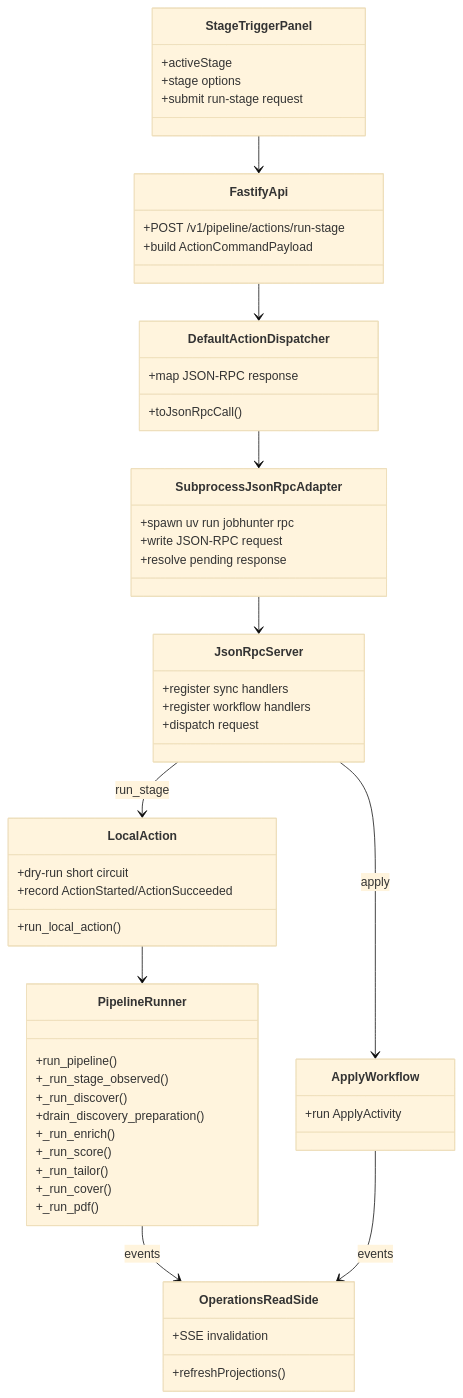
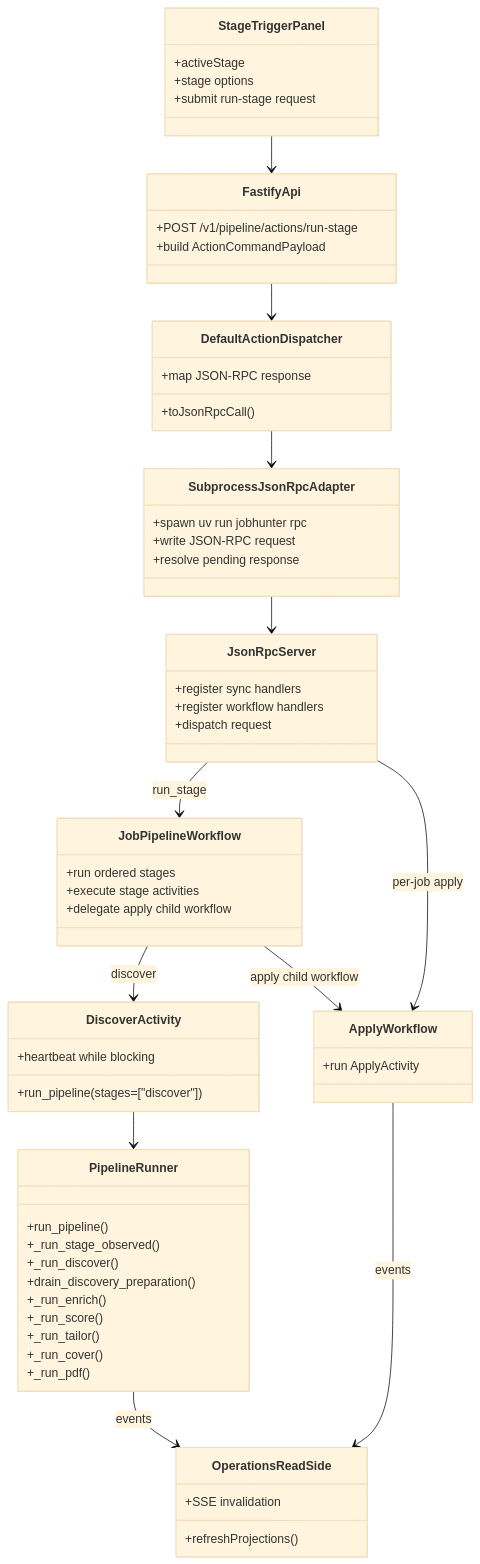
One commit to ebarti/JobCtrl changed the second of 16 diagrams in docs/job-pipeline-architecture.md. Above: the diagram before and after it, drawn with Mermaid (base theme). The commit also changed other lines of this file, not shown here.

Commit message:
docs: correct run-stage workflow path

````diff
--- a/docs/job-pipeline-architecture.md
+++ b/docs/job-pipeline-architecture.md
@@ -130,59 +130,65 @@
 ```mermaid
 classDiagram
     class StageTriggerPanel {
       +activeStage
       +stage options
       +submit run-stage request
     }
     class FastifyApi {
       +POST /v1/pipeline/actions/run-stage
       +build ActionCommandPayload
     }
     class DefaultActionDispatcher {
       +toJsonRpcCall()
       +map JSON-RPC response
     }
     class SubprocessJsonRpcAdapter {
       +spawn uv run jobhunter rpc
       +write JSON-RPC request
       +resolve pending response
     }
     class JsonRpcServer {
       +register sync handlers
       +register workflow handlers
       +dispatch request
     }
-    class LocalAction {
-      +run_local_action()
-      +dry-run short circuit
-      +record ActionStarted/ActionSucceeded
+    class JobPipelineWorkflow {
+      +run ordered stages
+      +execute stage activities
+      +delegate apply child workflow
+    }
+    class DiscoverActivity {
+      +run_pipeline(stages=["discover"])
+      +heartbeat while blocking
     }
     class PipelineRunner {
       +run_pipeline()
       +_run_stage_observed()
       +_run_discover()
       +drain_discovery_preparation()
       +_run_enrich()
       +_run_score()
       +_run_tailor()
       +_run_cover()
       +_run_pdf()
     }
     class ApplyWorkflow {
       +run ApplyActivity
     }
     class OperationsReadSide {
       +refreshProjections()
       +SSE invalidation
     }
 
     StageTriggerPanel --> FastifyApi
     FastifyApi --> DefaultActionDispatcher
     DefaultActionDispatcher --> SubprocessJsonRpcAdapter
     SubprocessJsonRpcAdapter --> JsonRpcServer
-    JsonRpcServer --> LocalAction : run_stage
-    JsonRpcServer --> ApplyWorkflow : apply
-    LocalAction --> PipelineRunner
+    JsonRpcServer --> JobPipelineWorkflow : run_stage
+    JsonRpcServer --> ApplyWorkflow : per-job apply
+    JobPipelineWorkflow --> DiscoverActivity : discover
+    JobPipelineWorkflow --> ApplyWorkflow : apply child workflow
+    DiscoverActivity --> PipelineRunner
     PipelineRunner --> OperationsReadSide : events
     ApplyWorkflow --> OperationsReadSide : events
 ```
````
